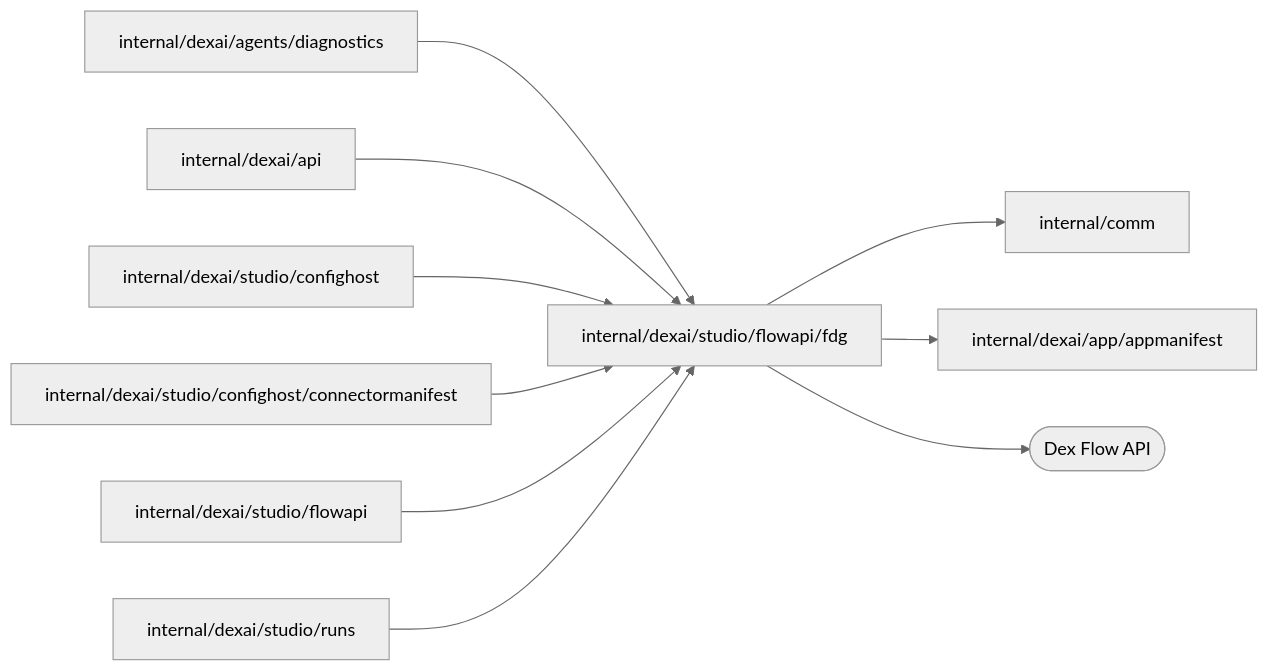
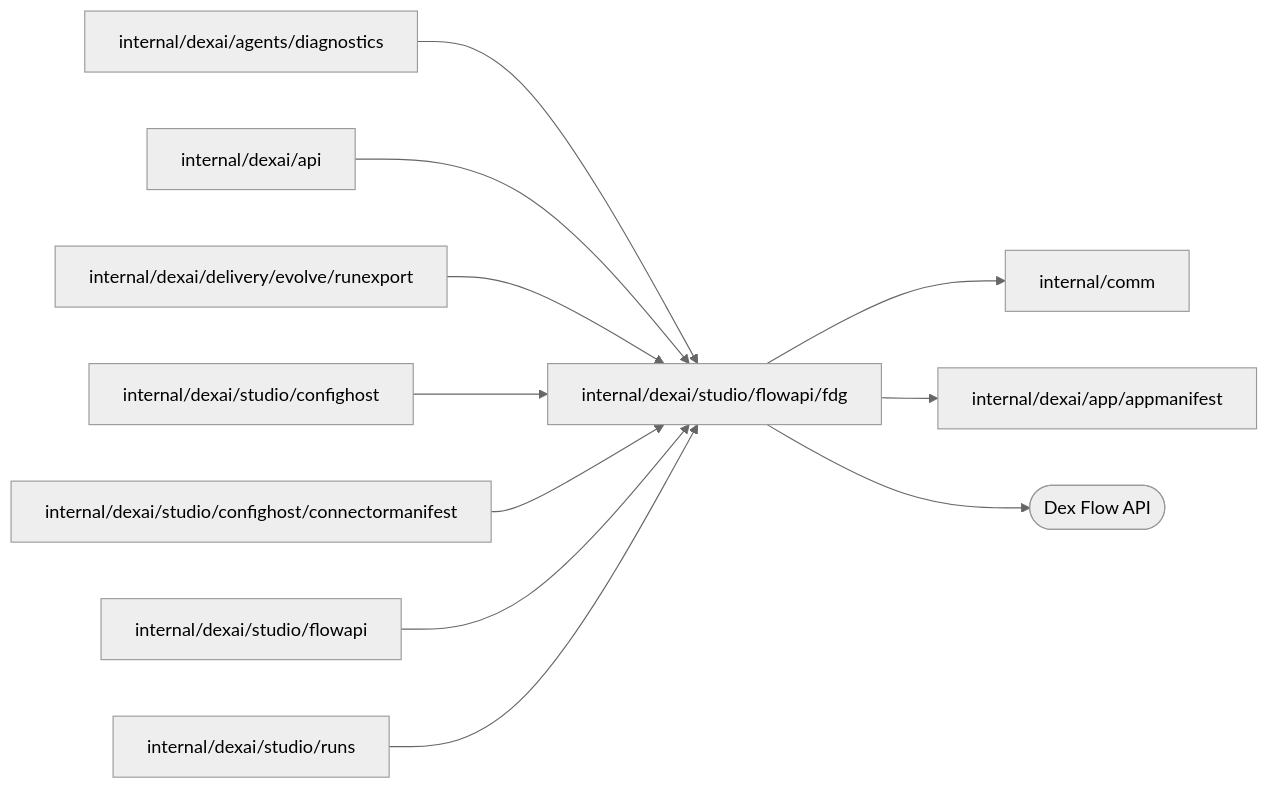
One commit to superdurable/superverse changed the diagram in internal/dexai/studio/flowapi/fdg/README.md. Above: the diagram before and after it, drawn with Mermaid (neutral theme). The commit also changed other lines of this file and 145 other files, not shown here.

````diff
--- a/internal/dexai/studio/flowapi/fdg/README.md
+++ b/internal/dexai/studio/flowapi/fdg/README.md
@@ -10,13 +10,14 @@
 ```mermaid
 flowchart LR
   self["internal/dexai/studio/flowapi/fdg"]
   c0["internal/dexai/agents/diagnostics"] --> self
   c1["internal/dexai/api"] --> self
-  c2["internal/dexai/studio/confighost"] --> self
-  c3["internal/dexai/studio/confighost/connectormanifest"] --> self
-  c4["internal/dexai/studio/flowapi"] --> self
-  c5["internal/dexai/studio/runs"] --> self
+  c2["internal/dexai/delivery/evolve/runexport"] --> self
+  c3["internal/dexai/studio/confighost"] --> self
+  c4["internal/dexai/studio/confighost/connectormanifest"] --> self
+  c5["internal/dexai/studio/flowapi"] --> self
+  c6["internal/dexai/studio/runs"] --> self
   self --> d0["internal/comm"]
   self --> d1["internal/dexai/app/appmanifest"]
   self --> e0(["Dex Flow API"])
 ```
````
